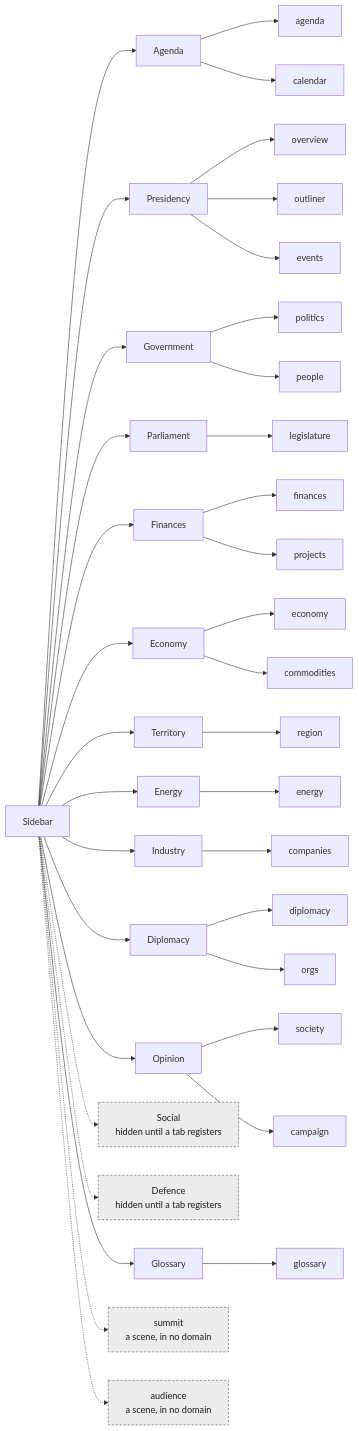
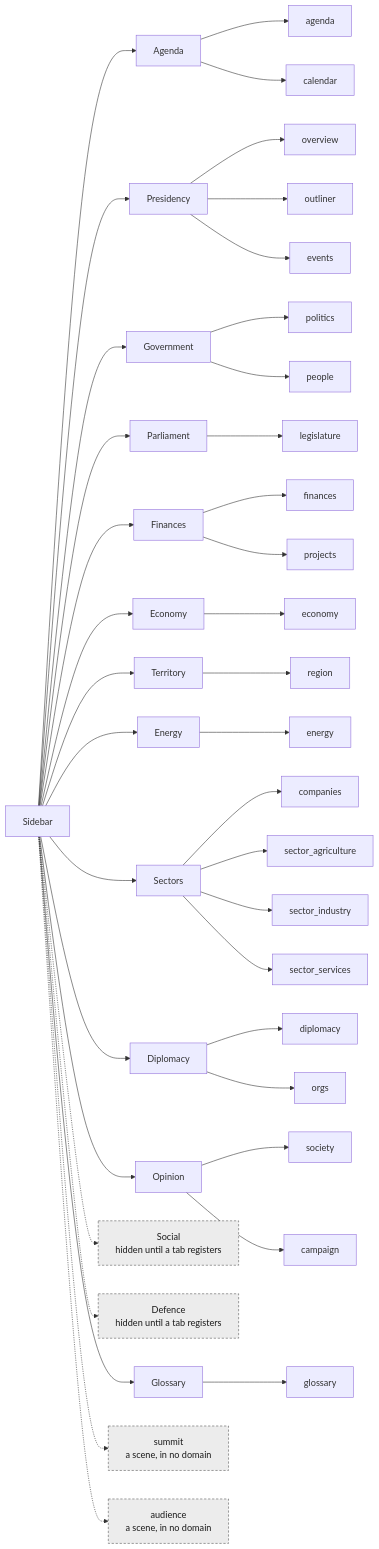
One commit to powerbassist/World-simulator changed the diagram in docs/shell.md. Above: the diagram before and after it, drawn with Mermaid. The commit also changed 35 other files, not shown here.

````diff
--- a/docs/shell.md
+++ b/docs/shell.md
@@ -25,41 +25,43 @@
 ```mermaid
 flowchart LR
   sb["Sidebar"]
   sb --> d_agenda["Agenda"]
   d_agenda --> t_agenda["agenda"]
   d_agenda --> t_calendar["calendar"]
   sb --> d_presidency["Presidency"]
   d_presidency --> t_overview["overview"]
   d_presidency --> t_outliner["outliner"]
   d_presidency --> t_events["events"]
   sb --> d_government["Government"]
   d_government --> t_politics["politics"]
   d_government --> t_people["people"]
   sb --> d_parliament["Parliament"]
   d_parliament --> t_legislature["legislature"]
   sb --> d_finances["Finances"]
   d_finances --> t_finances["finances"]
   d_finances --> t_projects["projects"]
   sb --> d_economy["Economy"]
   d_economy --> t_economy["economy"]
-  d_economy --> t_commodities["commodities"]
   sb --> d_territory["Territory"]
   d_territory --> t_region["region"]
   sb --> d_energy["Energy"]
   d_energy --> t_energy["energy"]
-  sb --> d_industry["Industry"]
-  d_industry --> t_companies["companies"]
+  sb --> d_sectors["Sectors"]
+  d_sectors --> t_companies["companies"]
+  d_sectors --> t_sector_agriculture["sector_agriculture"]
+  d_sectors --> t_sector_industry["sector_industry"]
+  d_sectors --> t_sector_services["sector_services"]
   sb --> d_diplomacy["Diplomacy"]
   d_diplomacy --> t_diplomacy["diplomacy"]
   d_diplomacy --> t_orgs["orgs"]
   sb --> d_opinion["Opinion"]
   d_opinion --> t_society["society"]
   d_opinion --> t_campaign["campaign"]
   sb -.-> d_social["Social<br/>hidden until a tab registers"]:::hidden
   sb -.-> d_defence["Defence<br/>hidden until a tab registers"]:::hidden
   sb --> d_glossary["Glossary"]
   d_glossary --> t_glossary["glossary"]
   sb -.-> s_summit["summit<br/>a scene, in no domain"]:::hidden
   sb -.-> s_audience["audience<br/>a scene, in no domain"]:::hidden
   classDef hidden stroke-dasharray:4 3,fill:#ececec,stroke:#555,color:#1a1a1a
 ```
````
